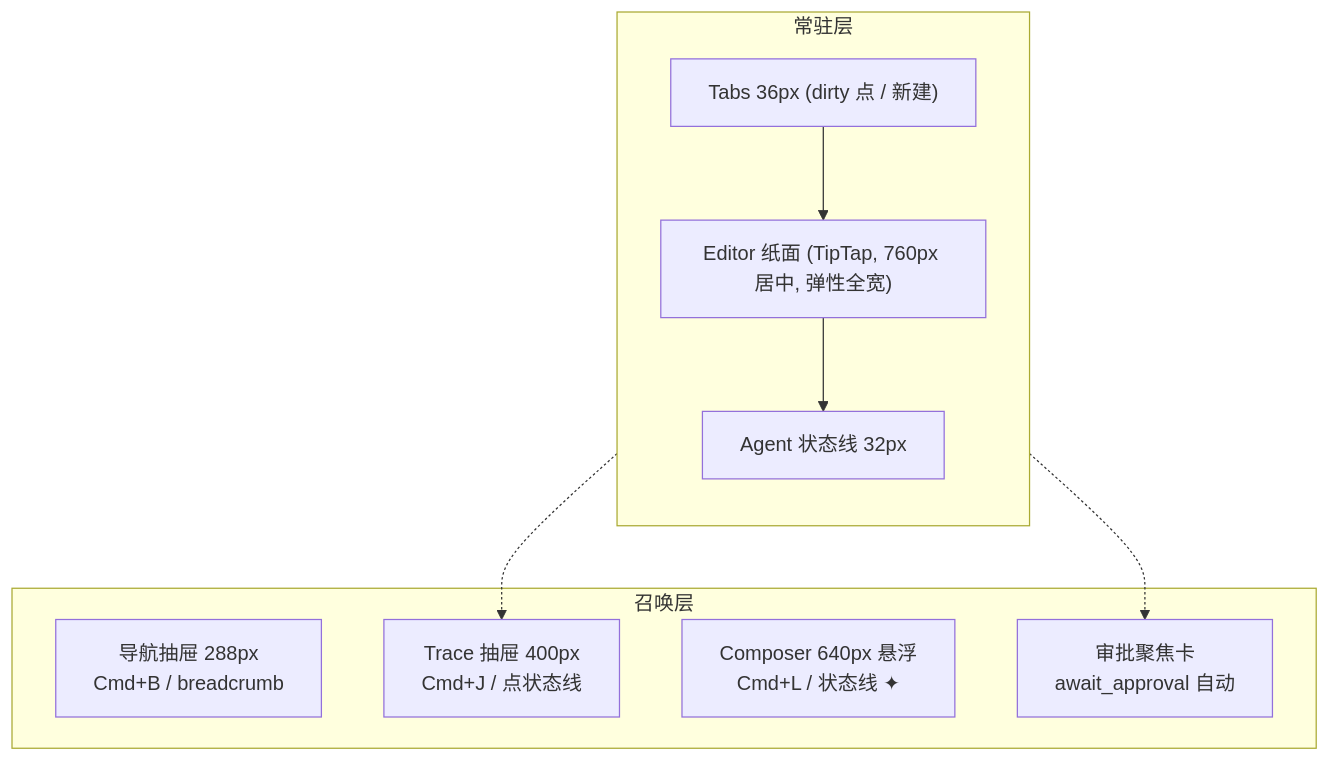
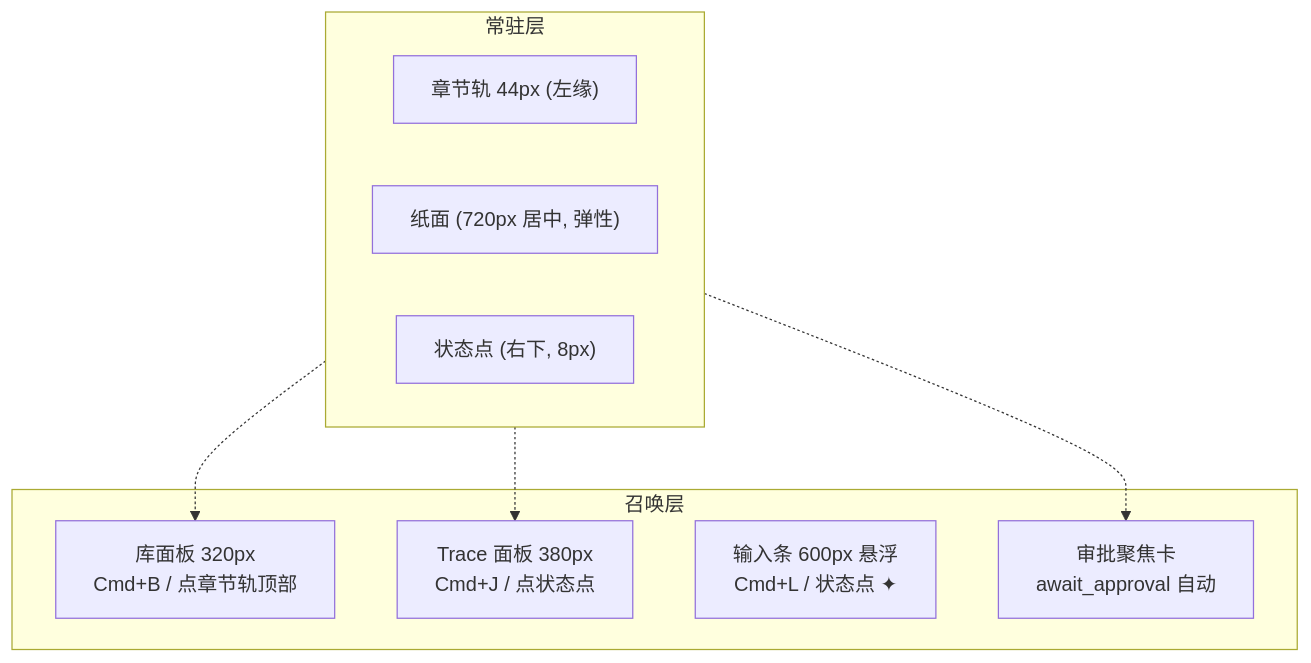
Before and after one commit to jinhuang712/open-novel: the diagram in design/01-main-layout.md, drawn with Mermaid. The commit also changed other lines of this file and 7 other files, not shown here.

First line of the commit message:
design+plan: main UI v3 — chapter rail, paper, presence dot; restrained editorial style

````diff
--- a/design/01-main-layout.md
+++ b/design/01-main-layout.md
@@ -9,18 +9,18 @@
 ```mermaid
 flowchart TB
   subgraph ALWAYS["常驻层"]
-    direction TB
-    TABS["Tabs 36px (dirty 点 / 新建)"]
-    ED["Editor 纸面 (TipTap, 760px 居中, 弹性全宽)"]
-    SL["Agent 状态线 32px"]
-    TABS --> ED --> SL
+    direction LR
+    RAIL["章节轨 44px (左缘)"]
+    ED["纸面 (720px 居中, 弹性)"]
+    DOT["状态点 (右下, 8px)"]
   end
   subgraph SUMMON["召唤层"]
-    NAV["导航抽屉 288px<br/>Cmd+B / breadcrumb"]
-    TRC["Trace 抽屉 400px<br/>Cmd+J / 点状态线"]
-    CMP["Composer 640px 悬浮<br/>Cmd+L / 状态线 ✦"]
+    LIB["库面板 320px<br/>Cmd+B / 点章节轨顶部"]
+    TRC["Trace 面板 380px<br/>Cmd+J / 点状态点"]
+    CMP["输入条 600px 悬浮<br/>Cmd+L / 状态点 ✦"]
     APP["审批聚焦卡<br/>await_approval 自动"]
   end
-  SL -.-> TRC
-  SL -.-> APP
+  RAIL -.-> LIB
+  DOT -.-> TRC
+  DOT -.-> APP
 ```
````
